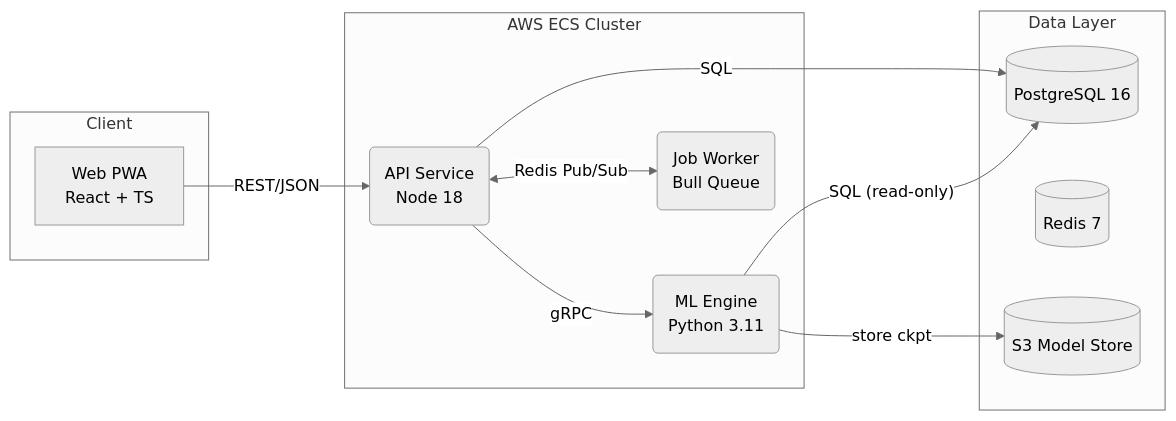
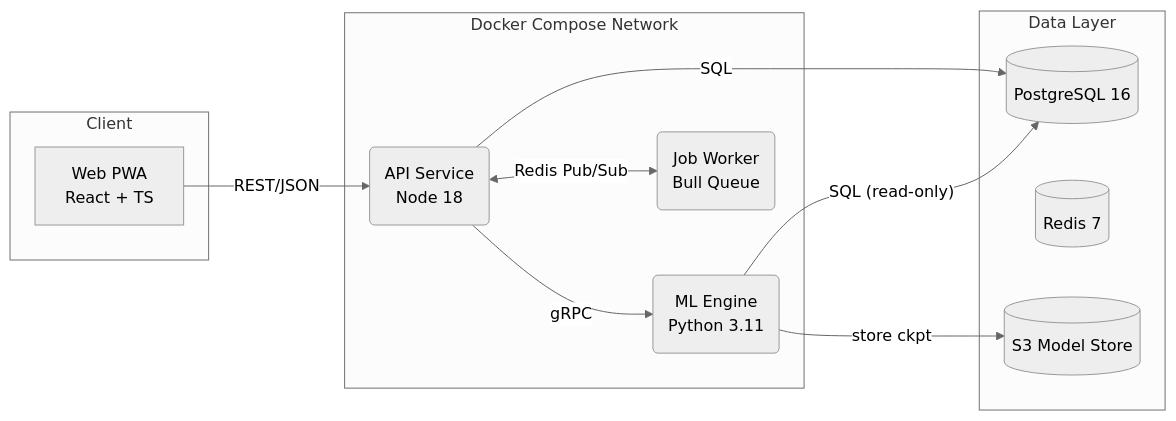
The diagram in ARCHITECTURE.md (FelixFuhs/GymGenius), drawn with Mermaid (neutral theme) before and after one commit. The commit also changed other lines of this file and 5 other files, not shown here.

Commit message:
chore(docs): P4-INF clarify local-first roadmap

````diff
--- a/ARCHITECTURE.md
+++ b/ARCHITECTURE.md
@@ -7,23 +7,23 @@
 ```mermaid
 flowchart LR
     subgraph Client
         A[Web PWA<br/>React + TS]
     end
-    subgraph AWS ECS Cluster
+    subgraph Docker Compose Network
         B(API Service<br/>Node 18)
         C(ML Engine<br/>Python 3.11)
         D(Job Worker<br/>Bull Queue)
     end
     subgraph Data Layer
         E[(PostgreSQL 16)]
         F[(Redis 7)]
         G[(S3 Model Store)]
     end
 
     A -- REST/JSON --> B
     B -- gRPC --> C
     B <-- Redis Pub/Sub --> D
     B -- SQL --> E
     C -- SQL (read-only) --> E
     C -- store ckpt --> G
 ```
````
